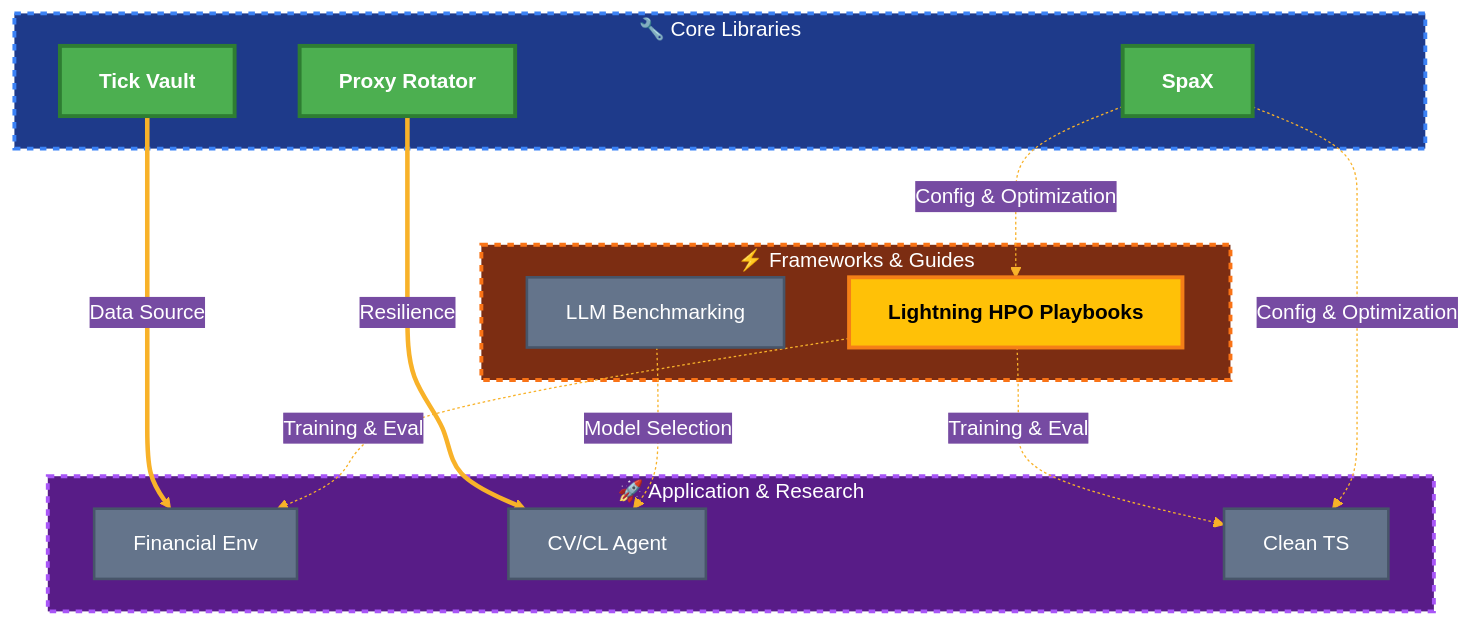
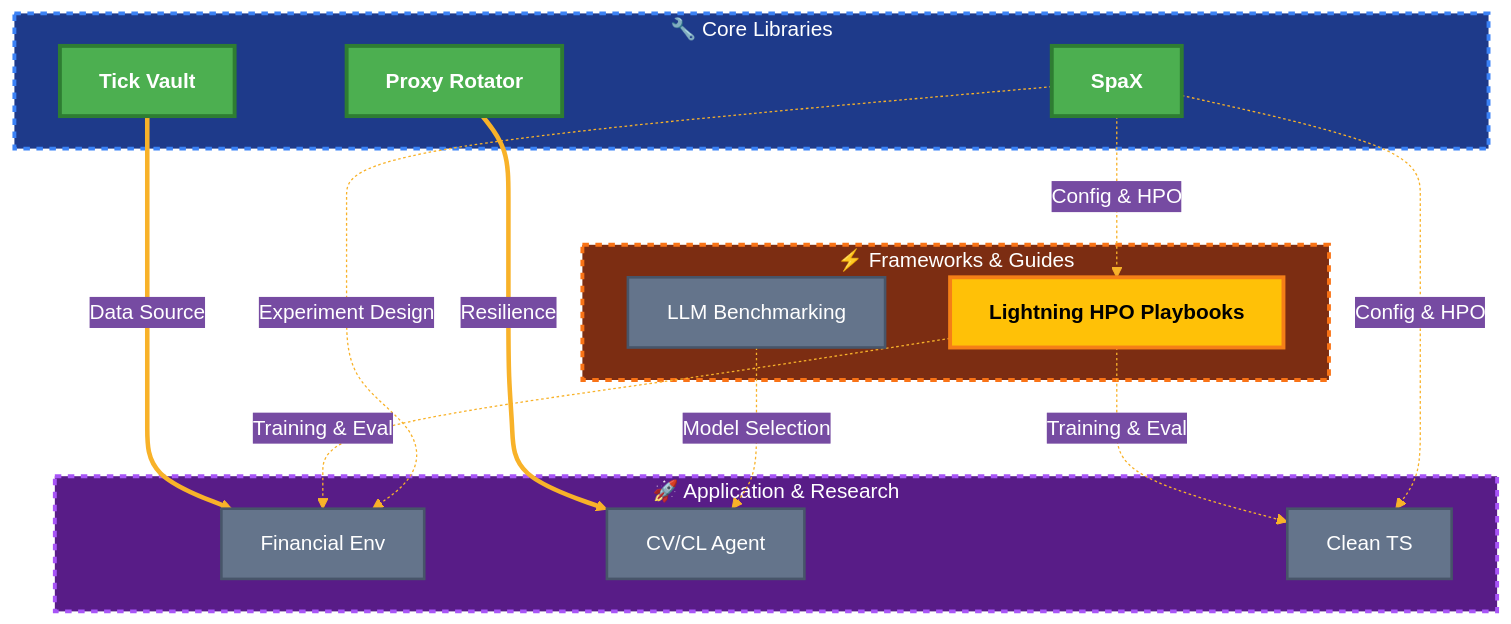
One commit to keyhankamyar/keyhankamyar changed the diagram in README.md. Above: the diagram before and after it, drawn with Mermaid.

Commit message:
docs: update profile - Added path from SpaX to FinEnv

````diff
--- a/README.md
+++ b/README.md
@@ -102,39 +102,40 @@
 ```mermaid
 %%{init: {'theme':'base', 'themeVariables': { 'primaryColor':'#667eea','primaryTextColor':'#fff','primaryBorderColor':'#7C4DFF','lineColor':'#F8B229','secondaryColor':'#764ba2','tertiaryColor':'#1e3a8a','background':'#0f172a','mainBkg':'#1e293b','secondaryBkg':'#334155','tertiaryBkg':'#475569','textColor':'#f1f5f9','fontSize':'16px','fontFamily':'ui-monospace'}}}%%
 graph TD
     subgraph CoreLib["🔧 Core Libraries"]
         A[Proxy Rotator]:::shipped
         B[Tick Vault]:::shipped
         C[SpaX]:::shipped
     end
 
     subgraph Frameworks["⚡ Frameworks & Guides"]
         D[Lightning HPO Playbooks]:::polishing
         E[LLM Benchmarking]:::planned
     end
 
     subgraph Applications["🚀 Application & Research"]
         F[Financial Env]:::planned
         G[CV/CL Agent]:::planned
         H[Clean TS]:::planned
     end
 
-    C -.->|Config & Optimization| D
-    C -.->|Config & Optimization| H
+    C -.->|Config & HPO| D
+    C -.->|Config & HPO| H
+    C -.->|Experiment Design| F
 
     D -.->|Training & Eval| H
     D -.->|Training & Eval| F
 
     E -.->|Model Selection| G
 
     A ==>|Resilience| G
     B ==>|Data Source| F
     
     classDef shipped fill:#4CAF50,stroke:#2E7D32,stroke-width:3px,color:#fff,font-weight:bold
     classDef polishing fill:#FFC107,stroke:#F57F17,stroke-width:3px,color:#000,font-weight:bold
     classDef planned fill:#64748b,stroke:#475569,stroke-width:2px,color:#fff
     
     style CoreLib fill:#1e3a8a,stroke:#3b82f6,stroke-width:3px,color:#fff,stroke-dasharray: 5 5
     style Frameworks fill:#7c2d12,stroke:#f97316,stroke-width:3px,color:#fff,stroke-dasharray: 5 5
     style Applications fill:#581c87,stroke:#a855f7,stroke-width:3px,color:#fff,stroke-dasharray: 5 5
 ```
````
